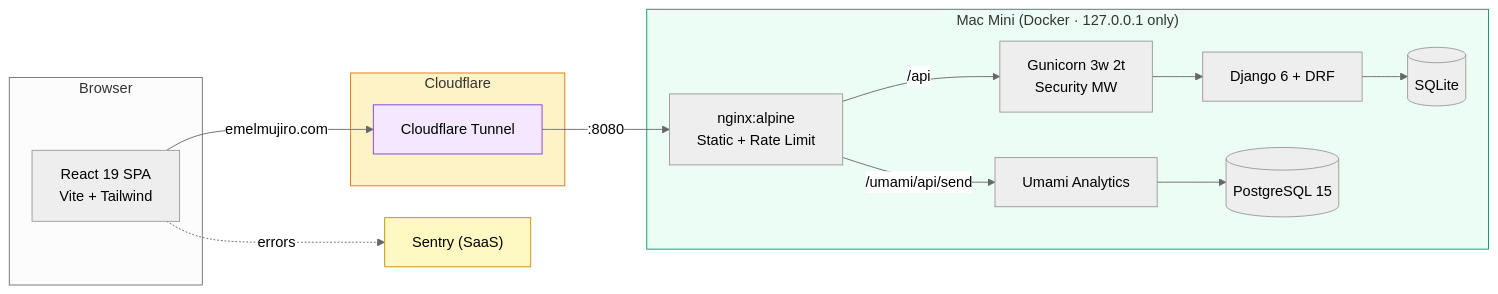
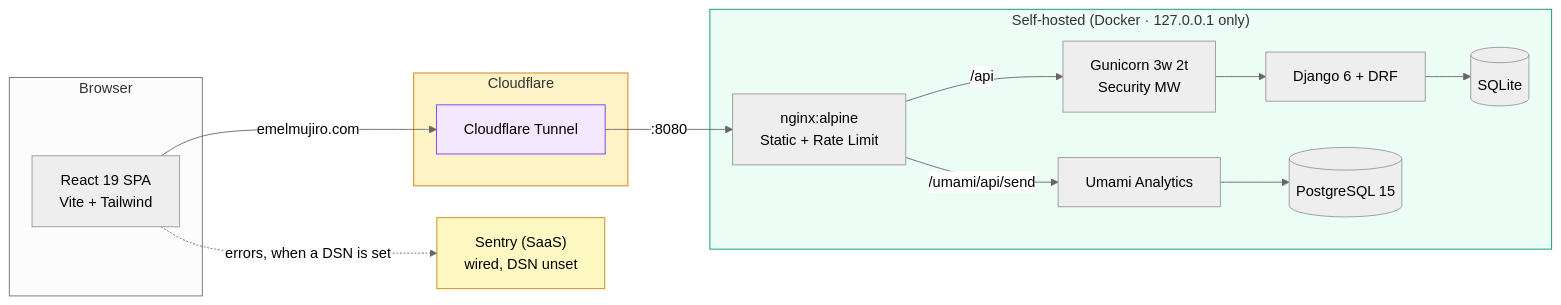
One commit to researcherhojin/emelmujiro changed the diagram in README.md. Above: the diagram before and after it, drawn with Mermaid (neutral theme). The commit also changed other lines of this file and 4 other files, not shown here.

````diff
--- a/README.md
+++ b/README.md
@@ -99,35 +99,35 @@
 ```mermaid
 graph LR
     subgraph Client["Browser"]
         React["React 19 SPA\nVite + Tailwind"]
     end
 
     subgraph CF["Cloudflare"]
         Tunnel["Cloudflare Tunnel"]
     end
 
-    subgraph MacMini["Mac Mini (Docker · 127.0.0.1 only)"]
+    subgraph Host["Self-hosted (Docker · 127.0.0.1 only)"]
         Nginx["nginx:alpine\nStatic + Rate Limit"]
         Gunicorn["Gunicorn 3w 2t\nSecurity MW"]
         DRF["Django 6 + DRF"]
         DB[(SQLite)]
         Umami["Umami Analytics"]
         UmamiDB[(PostgreSQL 15)]
     end
 
-    Sentry["Sentry (SaaS)"]
+    Sentry["Sentry (SaaS)\nwired, DSN unset"]
 
     React -->|emelmujiro.com| Tunnel
     Tunnel -->|:8080| Nginx
     Nginx -->|/api| Gunicorn
     Nginx -->|/umami/api/send| Umami
     Gunicorn --> DRF
     DRF --> DB
     Umami --> UmamiDB
-    React -.->|errors| Sentry
+    React -.->|errors, when a DSN is set| Sentry
 
     style Tunnel fill:#F3E8FF,stroke:#7C3AED
-    style MacMini fill:#ECFDF5,stroke:#059669
+    style Host fill:#ECFDF5,stroke:#059669
     style CF fill:#FEF3C7,stroke:#D97706
     style Sentry fill:#FEF9C3,stroke:#CA8A04
 ```
````
